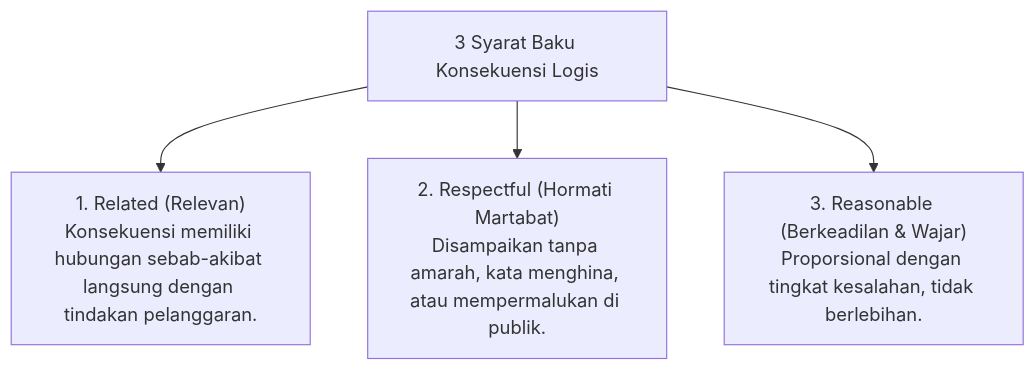
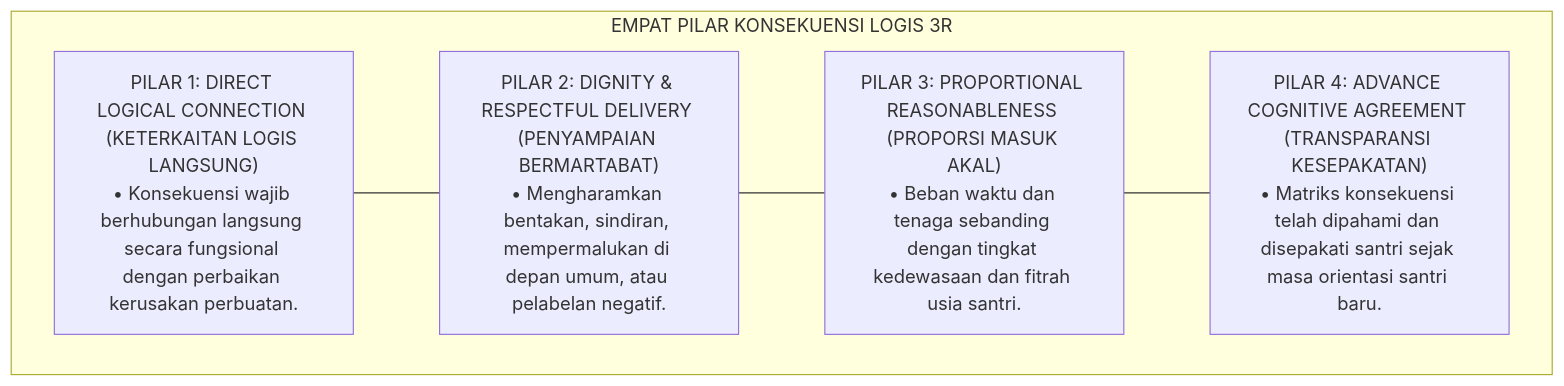
The fifth of 5 diagrams in 06 Intervention Framework/07 Corrective Strategies/P6-07-03-Penerapan-Konsekuensi-Logis-dan-Ishlah-al-Bain.md (wandiapriliyandi/tumbuh), drawn with Mermaid before and after one commit. The commit also changed other lines of this file and 6 other files, not shown here.

````diff
--- a/06 Intervention Framework/07 Corrective Strategies/P6-07-03-Penerapan-Konsekuensi-Logis-dan-Ishlah-al-Bain.md
+++ b/06 Intervention Framework/07 Corrective Strategies/P6-07-03-Penerapan-Konsekuensi-Logis-dan-Ishlah-al-Bain.md
@@ -14,7 +152,14 @@
 ```mermaid
-graph TD
-    Consequence3R["3 Syarat Baku Konsekuensi Logis"]
-    Consequence3R --> Related["1. Related (Relevan)<br/>Konsekuensi memiliki hubungan sebab-akibat langsung dengan tindakan pelanggaran."]
-    Consequence3R --> Respectful["2. Respectful (Hormati Martabat)<br/>Disampaikan tanpa amarah, kata menghina, atau mempermalukan di publik."]
-    Consequence3R --> Reasonable["3. Reasonable (Berkeadilan & Wajar)<br/>Proporsional dengan tingkat kesalahan, tidak berlebihan."]
+flowchart TD
+    subgraph EmpatPilarKonsekuensiLogis["EMPAT PILAR KONSEKUENSI LOGIS 3R"]
+        P1["PILAR 1: DIRECT LOGICAL CONNECTION (KETERKAITAN LOGIS LANGSUNG)<br/>• Konsekuensi wajib berhubungan langsung secara fungsional dengan perbaikan kerusakan perbuatan."]
+        
+        P2["PILAR 2: DIGNITY & RESPECTFUL DELIVERY (PENYAMPAIAN BERMARTABAT)<br/>• Mengharamkan bentakan, sindiran, mempermalukan di depan umum, atau pelabelan negatif."]
+        
+        P3["PILAR 3: PROPORTIONAL REASONABLENESS (PROPORSI MASUK AKAL)<br/>• Beban waktu dan tenaga sebanding dengan tingkat kedewasaan dan fitrah usia santri."]
+        
+        P4["PILAR 4: ADVANCE COGNITIVE AGREEMENT (TRANSPARANSI KESEPAKATAN)<br/>• Matriks konsekuensi telah dipahami dan disepakati santri sejak masa orientasi santri baru."]
+        
+        P1 --- P2 --- P3 --- P4
+    end
 ```
````
